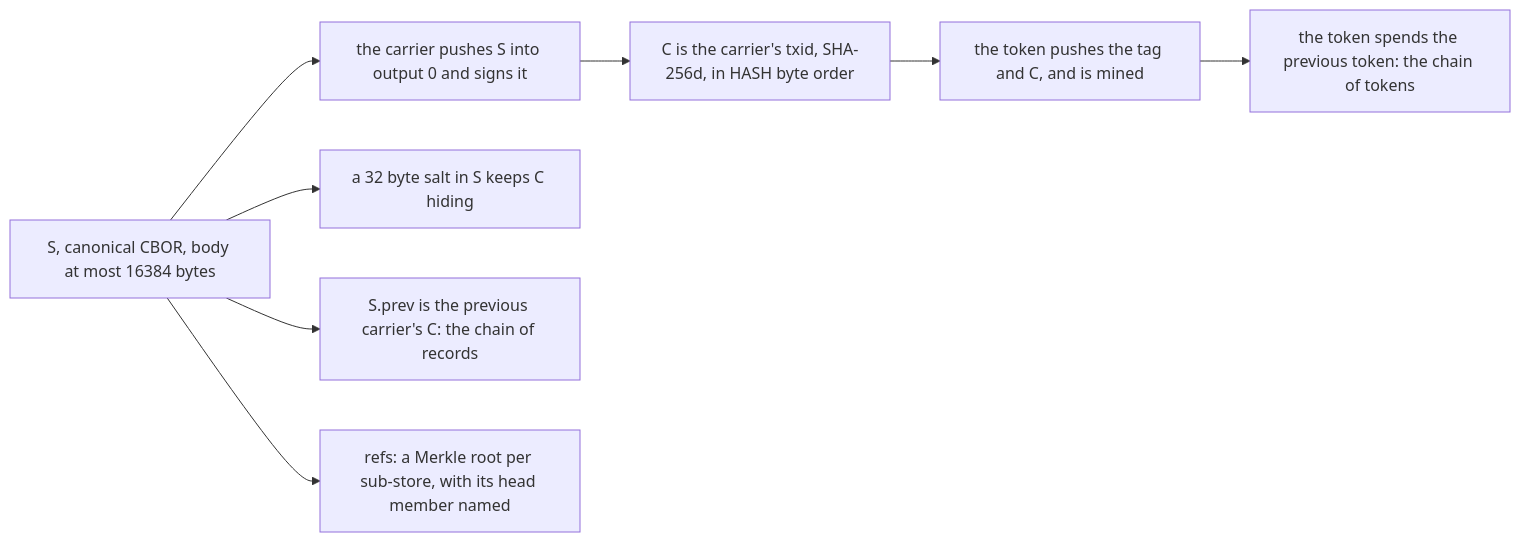
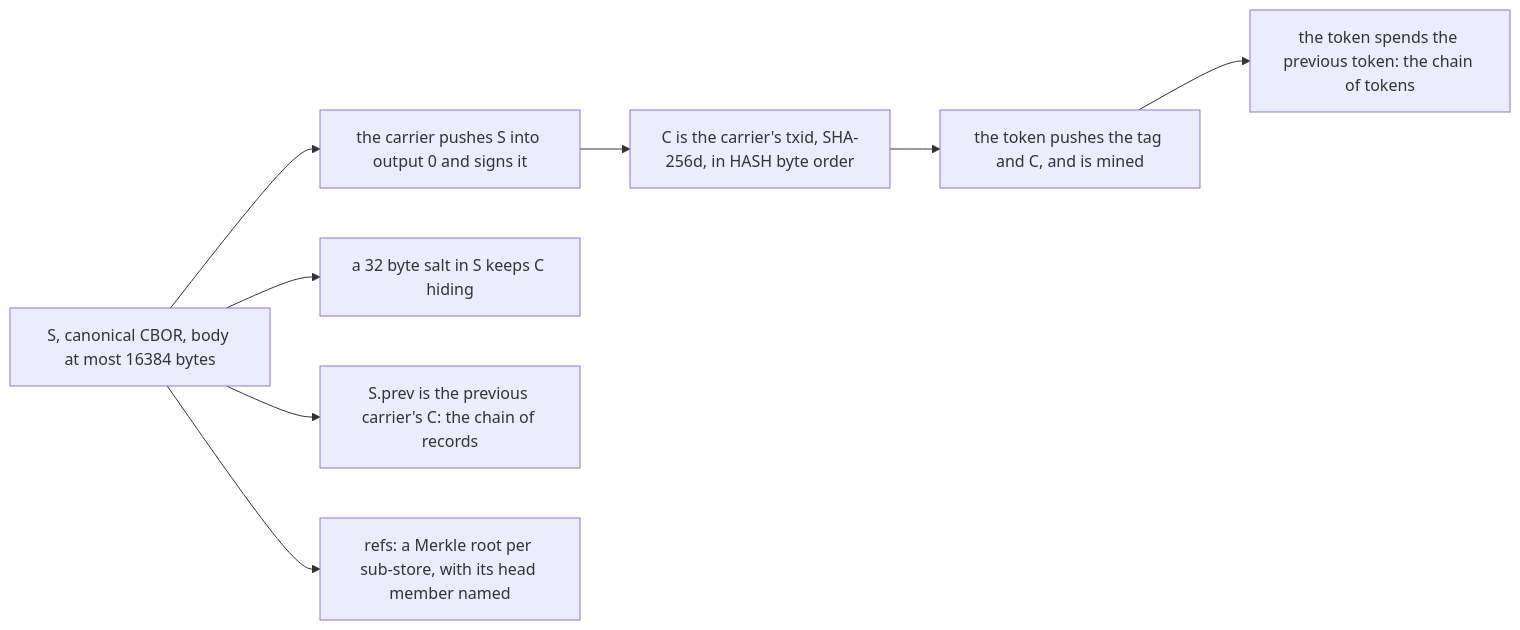
The seventh of 19 diagrams in docs/flows.md (lightwebinc/bfinger), drawn with Mermaid before and after one commit. The commit also changed other lines of this file and 9 other files, not shown here.

First line of the commit message:
[Fix] diagrams: a spacer where the viewer's controls land

````diff
--- a/docs/flows.md
+++ b/docs/flows.md
@@ -230,10 +250,15 @@
 ```mermaid
 flowchart LR
   S["S, canonical CBOR, body at most 16384 bytes"] --> K["the carrier pushes S into output 0 and signs it"]
   K --> C["C is the carrier's txid, SHA-256d, in HASH byte order"]
   C --> O["the token pushes the tag and C, and is mined"]
   S --> SALT["a 32 byte salt in S keeps C hiding"]
   S --> PREV["S.prev is the previous carrier's C: the chain of records"]
   O --> SPEND["the token spends the previous token: the chain of tokens"]
   S --> REFS["refs: a Merkle root per sub-store, with its head member named"]
+  %% The last node is an invisible spacer in the rightmost rank: the rendered
+  %% viewer places its zoom and pan controls over the bottom-right corner.
+  O ~~~ pad
+  pad["&nbsp;<br/>&nbsp;<br/>&nbsp;<br/>&nbsp;<br/>&nbsp;"]:::pad
+  classDef pad fill:none,stroke:none,color:transparent
 ```
````
